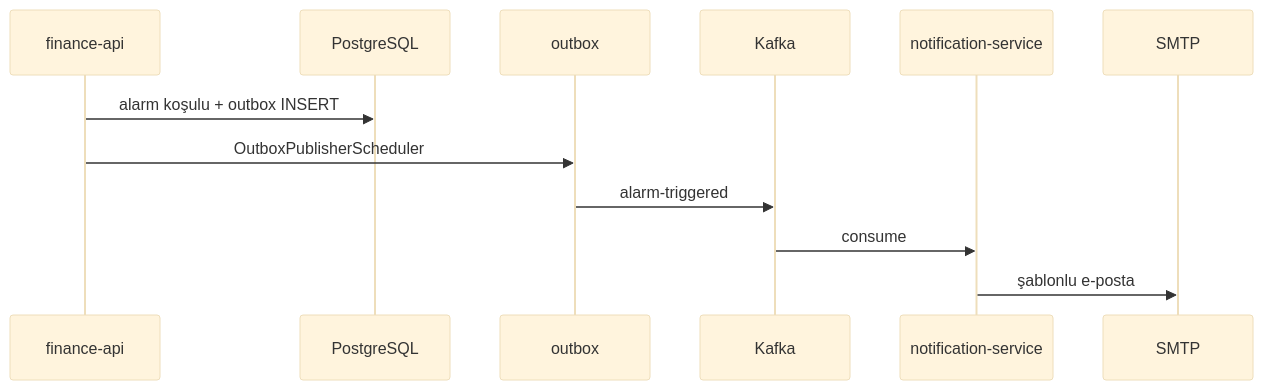
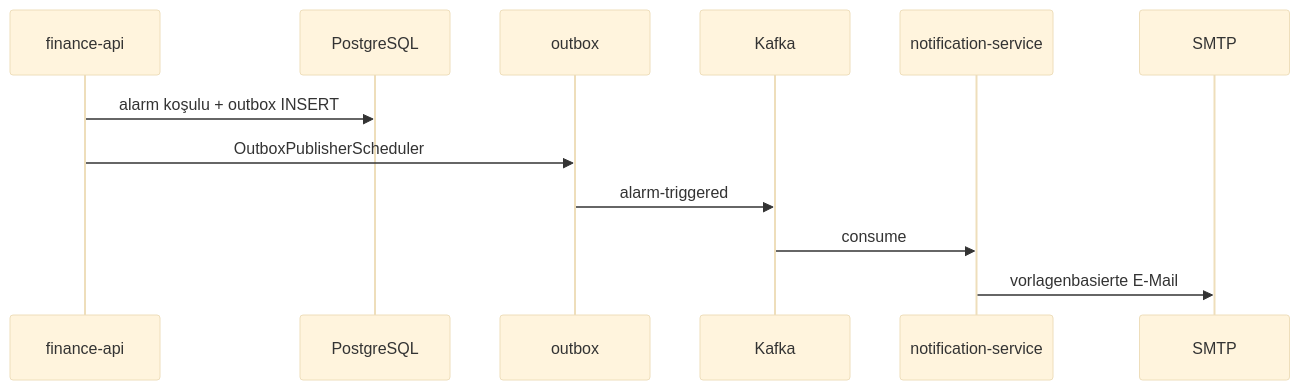
One commit to TaridaG/Toyota-32Bit-Finance-Platform changed the fifth of 5 diagrams in docs/deutsch/services/finance-api.md. Above: the diagram before and after it, drawn with Mermaid (base theme). The commit also changed 28 other files, not shown here.

````diff
--- a/docs/deutsch/services/finance-api.md
+++ b/docs/deutsch/services/finance-api.md
@@ -205,15 +205,15 @@
 ```mermaid
 sequenceDiagram
   participant FA as finance-api
   participant PG as PostgreSQL
   participant OB as outbox
   participant KF as Kafka
   participant NS as notification-service
   participant SMTP as SMTP
 
   FA->>PG: alarm koşulu + outbox INSERT
   FA->>OB: OutboxPublisherScheduler
   OB->>KF: alarm-triggered
   KF->>NS: consume
-  NS->>SMTP: şablonlu e-posta
+  NS->>SMTP: vorlagenbasierte E-Mail
 ```
````
